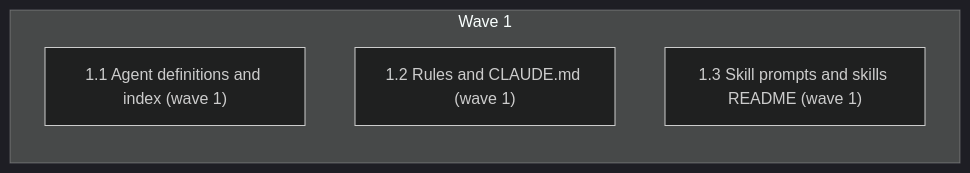
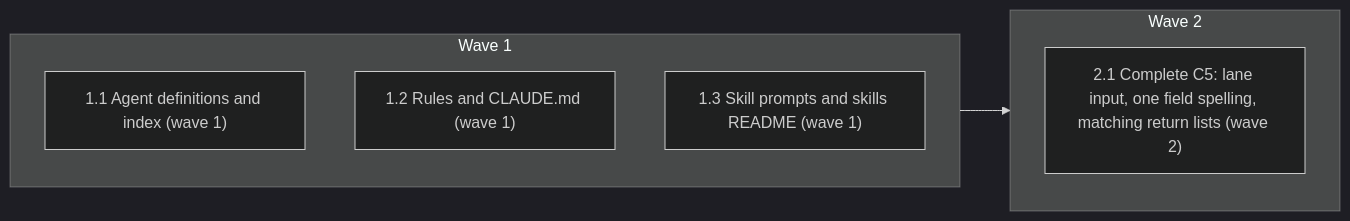
One commit to minhtran3124/agent-harness changed the diagram in specs/audit-prompt/PLAN.md. Above: the diagram before and after it, drawn with Mermaid (dark theme). The commit also changed other lines of this file and 1 other file, not shown here.

````diff
--- a/specs/audit-prompt/PLAN.md
+++ b/specs/audit-prompt/PLAN.md
@@ -21,8 +22,12 @@
 ```mermaid
 flowchart LR
   subgraph W0[Wave 1]
     T1_1["1.1 Agent definitions and index (wave 1)"]
     T1_2["1.2 Rules and CLAUDE.md (wave 1)"]
     T1_3["1.3 Skill prompts and skills README (wave 1)"]
   end
+  subgraph W1[Wave 2]
+    T2_1["2.1 Complete C5: lane input, one field spelling, matching return lists (wave 2)"]
+  end
+  W0 --> W1
 ```
````
